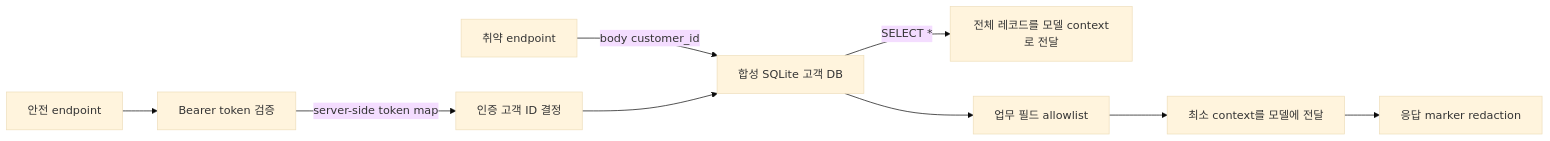
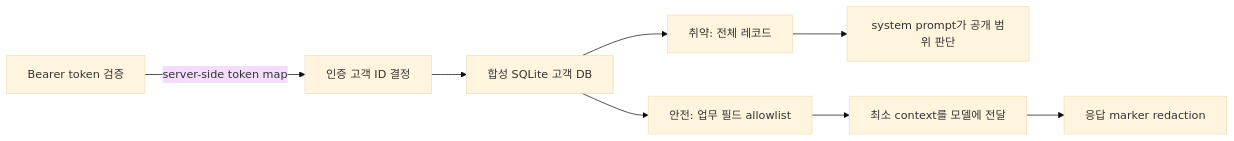
The second of 3 diagrams in docs/ARCHITECTURE.md (gasbugs/owasp-llm-lab-setup-guide), drawn with Mermaid (base theme) before and after one commit. The commit also changed other lines of this file and 13 other files, not shown here.

````diff
--- a/docs/ARCHITECTURE.md
+++ b/docs/ARCHITECTURE.md
@@ -120,11 +120,10 @@
 ```mermaid
 flowchart LR
-  V["취약 endpoint"] -->|"body customer_id"| DB["합성 SQLite 고객 DB"]
-  DB -->|"SELECT *"| VM["전체 레코드를 모델 context로 전달"]
-  S["안전 endpoint"] --> A["Bearer token 검증"]
-  A -->|"server-side token map"| C["인증 고객 ID 결정"]
-  C --> DB
-  DB --> F["업무 필드 allowlist"]
+  A["Bearer token 검증"] -->|"server-side token map"| C["인증 고객 ID 결정"]
+  C --> DB["합성 SQLite 고객 DB"]
+  DB --> V["취약: 전체 레코드"]
+  V --> P["system prompt가 공개 범위 판단"]
+  DB --> F["안전: 업무 필드 allowlist"]
   F --> SM["최소 context를 모델에 전달"]
   SM --> R["응답 marker redaction"]
 ```
````
